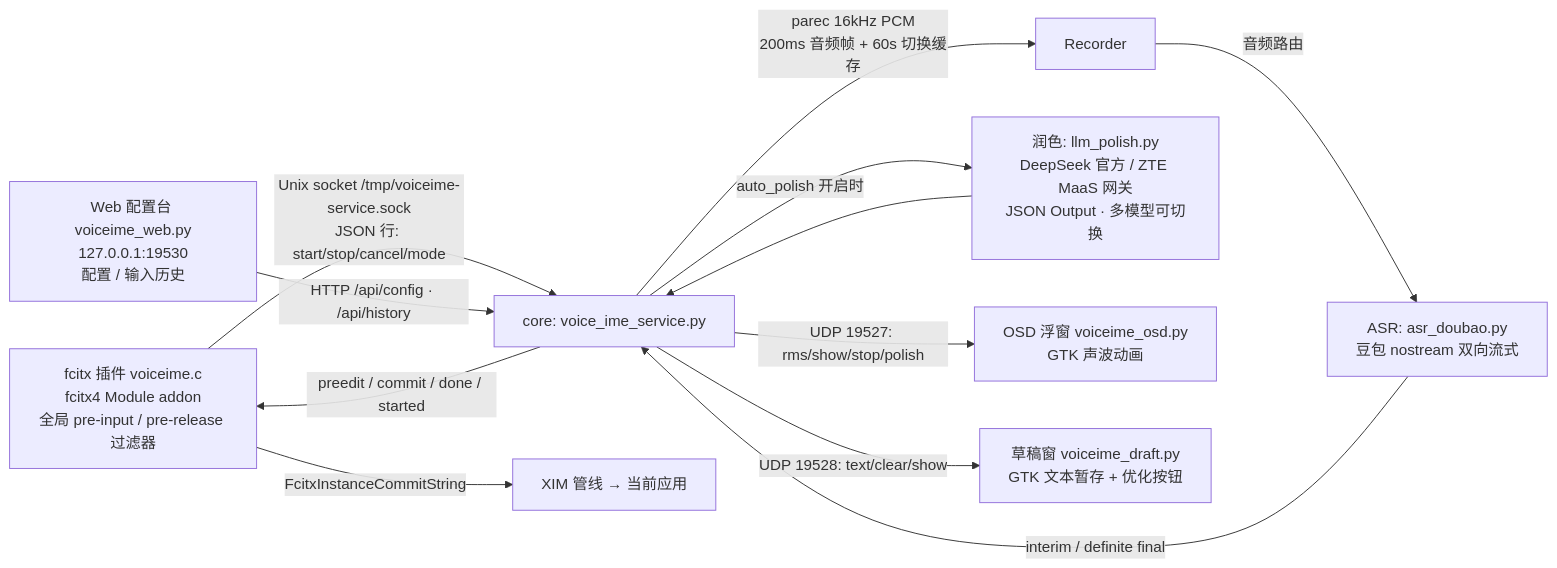
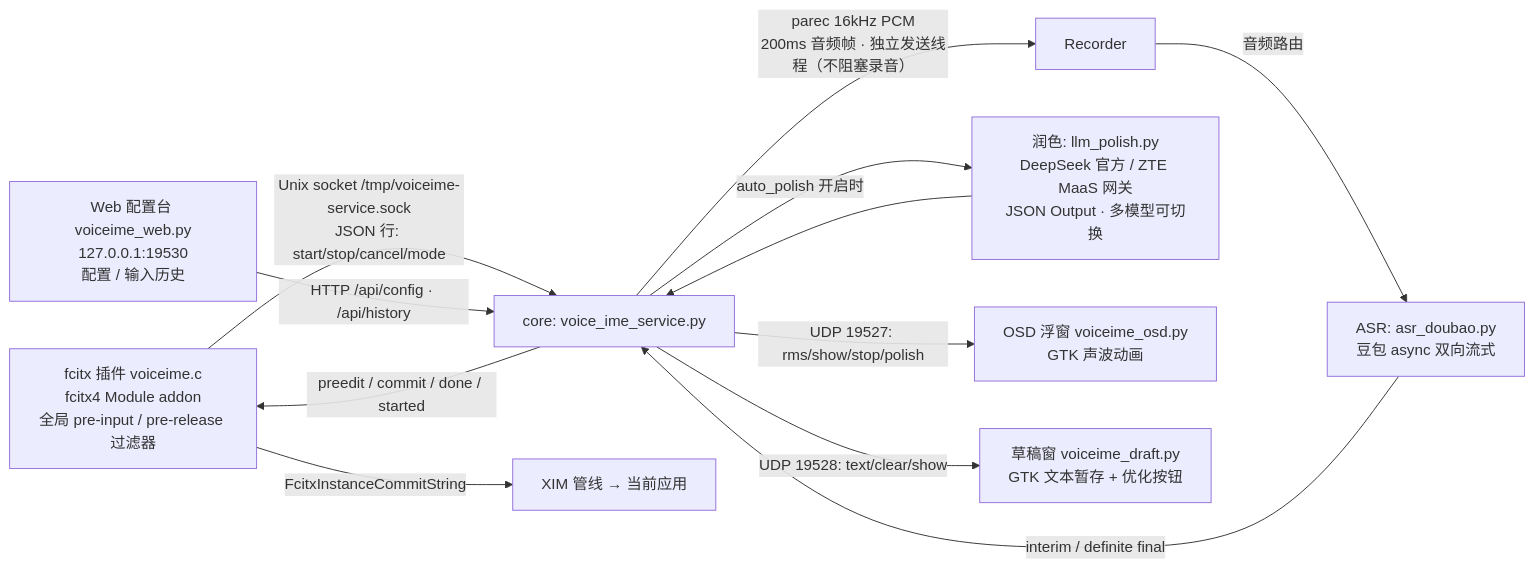
Before and after one commit to lzyyzznl/voice-ime: the diagram in README.md, drawn with Mermaid. The commit also changed other lines of this file and 5 other files, not shown here.

First line of the commit message:
ASR: 切 bigmodel_async 端点 + 发送与录音解耦,取消 12s 轮换

````diff
--- a/README.md
+++ b/README.md
@@ -14,14 +14,14 @@
 ```mermaid
 flowchart LR
     E[fcitx 插件 voiceime.c<br/>fcitx4 Module addon<br/>全局 pre-input / pre-release 过滤器] -->|"Unix socket /tmp/voiceime-service.sock<br/>JSON 行: start/stop/cancel/mode"| S[core: voice_ime_service.py]
-    S -->|"parec 16kHz PCM<br/>200ms 音频帧 + 60s 切换缓存"| R[Recorder]
-    R -->|"音频路由"| A[ASR: asr_doubao.py<br/>豆包 nostream 双向流式]
+    S -->|"parec 16kHz PCM<br/>200ms 音频帧 · 独立发送线程（不阻塞录音）"| R[Recorder]
+    R -->|"音频路由"| A[ASR: asr_doubao.py<br/>豆包 async 双向流式]
     A -->|"interim / definite final"| S
     S -->|"auto_polish 开启时"| L[润色: llm_polish.py<br/>DeepSeek 官方 / ZTE MaaS 网关<br/>JSON Output · 多模型可切换]
     L --> S
     S -->|"preedit / commit / done / started"| E
     S -->|"UDP 19527: rms/show/stop/polish"| O[OSD 浮窗 voiceime_osd.py<br/>GTK 声波动画]
     S -->|"UDP 19528: text/clear/show"| D[草稿窗 voiceime_draft.py<br/>GTK 文本暂存 + 优化按钮]
     W[Web 配置台 voiceime_web.py<br/>127.0.0.1:19530<br/>配置 / 输入历史] -->|"HTTP /api/config · /api/history"| S
     E -->|"FcitxInstanceCommitString"| X[XIM 管线 → 当前应用]
 ```
````
